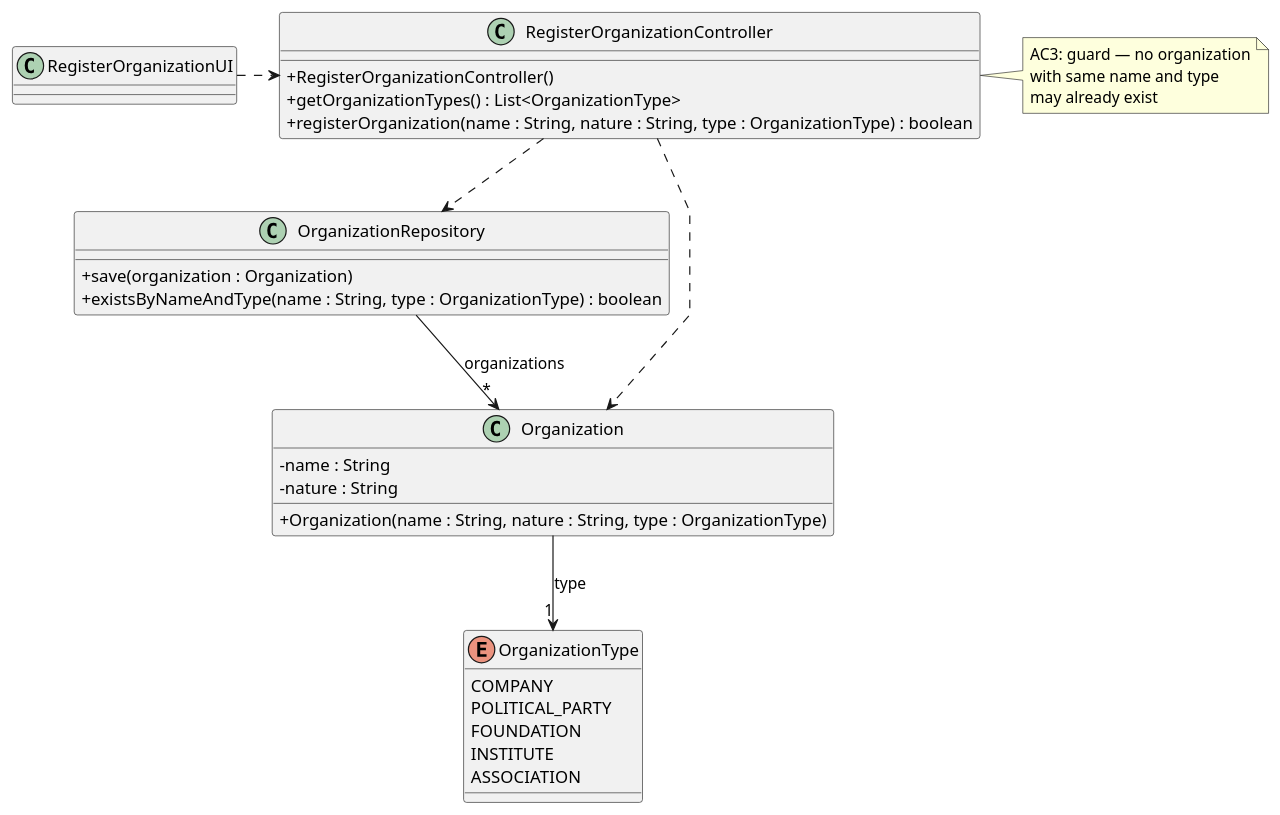
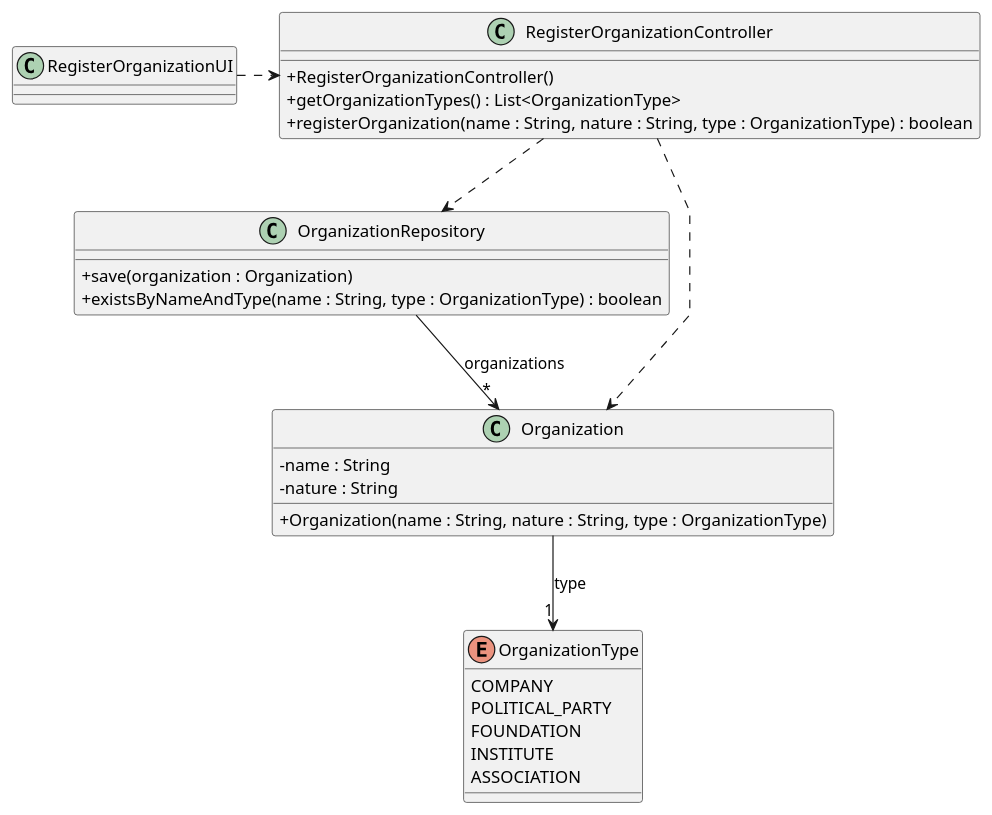
Before and after one commit to brunodspinto/crystal-clear-platform: the diagram in docs/system-documentation/US04/03.design/puml/US04-CD.puml, drawn with PlantUML. The commit also changed 8 other files, not shown here.

```diff
--- a/docs/system-documentation/US04/03.design/puml/US04-CD.puml
+++ b/docs/system-documentation/US04/03.design/puml/US04-CD.puml
@@ -1,51 +1,45 @@
 @startuml US04-CD
 'skinparam monochrome true
 skinparam packageStyle rectangle
 skinparam shadowing false
 skinparam linetype polyline
 skinparam classAttributeIconSize 0
 
 class RegisterOrganizationUI {
 }
 
 class RegisterOrganizationController {
     + RegisterOrganizationController()
     + getOrganizationTypes() : List<OrganizationType>
     + registerOrganization(name : String, nature : String, type : OrganizationType) : boolean
 }
 
 class OrganizationRepository {
     + save(organization : Organization)
     + existsByNameAndType(name : String, type : OrganizationType) : boolean
 }
 
 class Organization {
     - name : String
     - nature : String
     + Organization(name : String, nature : String, type : OrganizationType)
 }
 
 enum OrganizationType {
     COMPANY
     POLITICAL_PARTY
     FOUNDATION
     INSTITUTE
     ASSOCIATION
 }
 
-note right of RegisterOrganizationController
-    AC3: guard — no organization
-    with same name and type
-    may already exist
-end note
-
 RegisterOrganizationUI .> RegisterOrganizationController
 
 RegisterOrganizationController ..> OrganizationRepository
 RegisterOrganizationController ..> Organization
 
 OrganizationRepository --> "*" Organization : organizations
 
 Organization --> "1" OrganizationType : type
 
 @enduml
```
